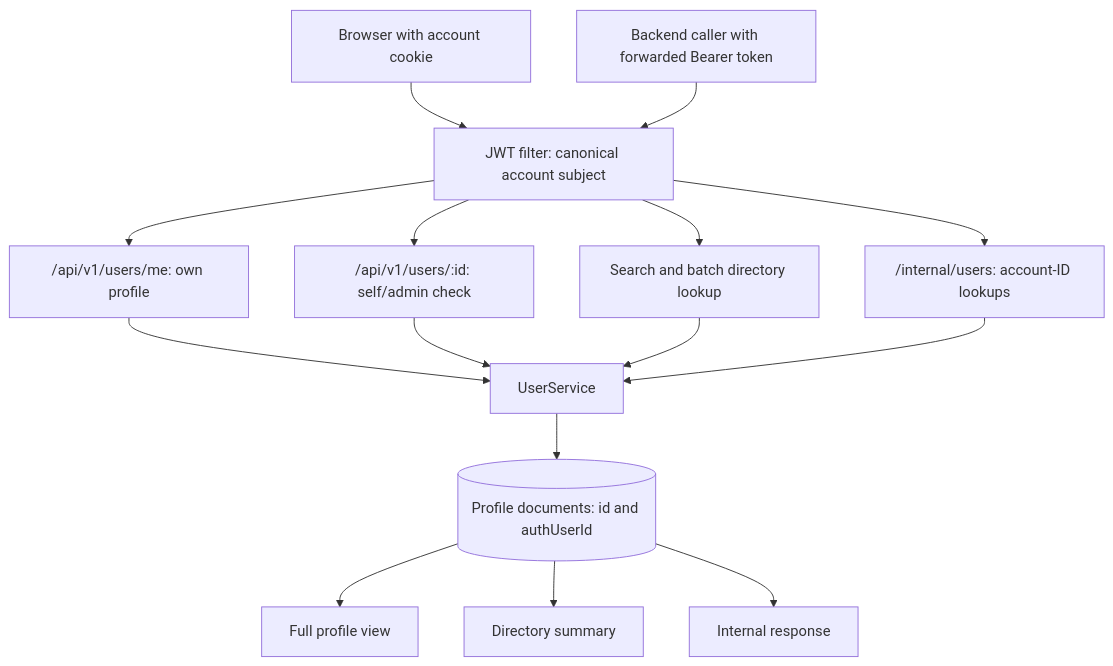
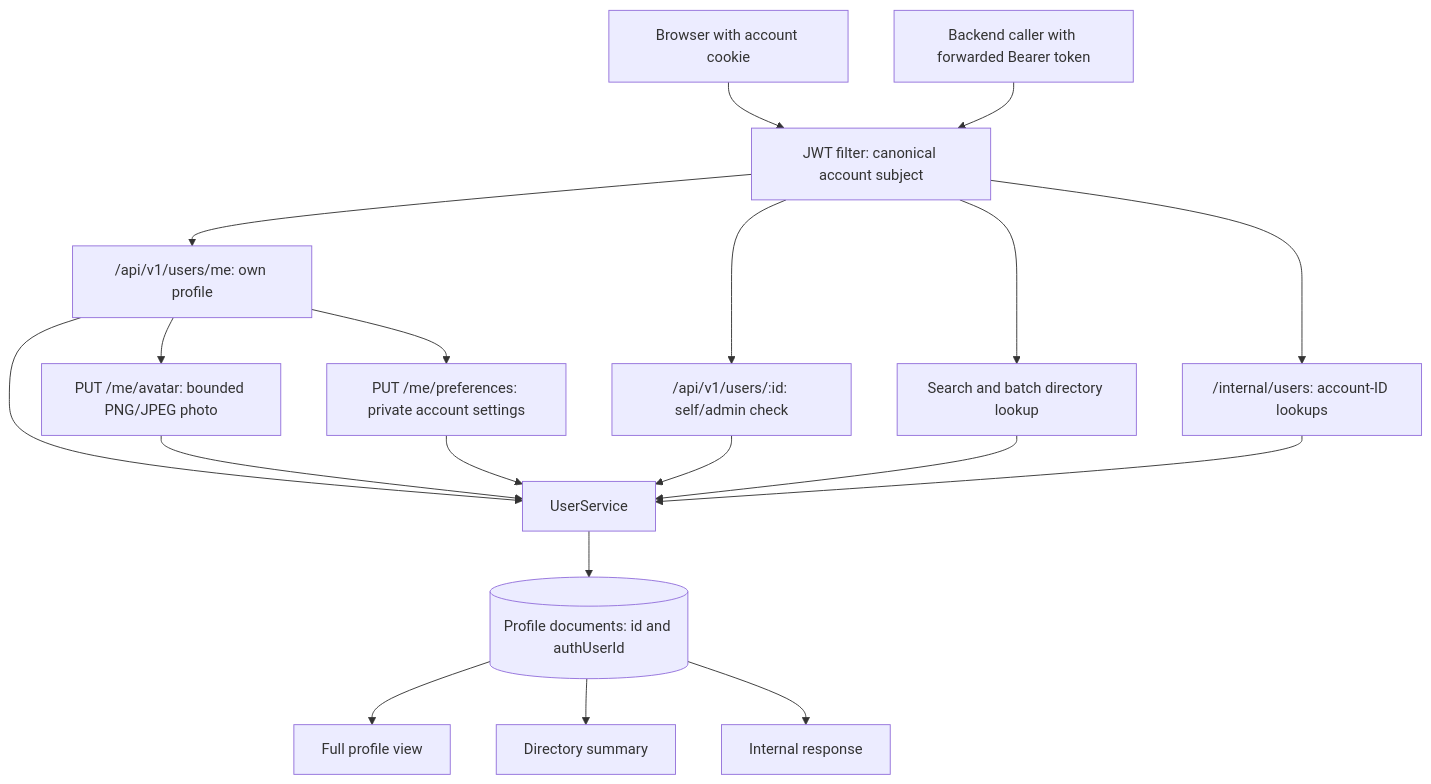
Before and after one commit to herve192-hub/TaskFlow: the diagram in backend/services/identity/user-service/README.md, drawn with Mermaid. The commit also changed other lines of this file and 48 other files, not shown here.

````diff
--- a/backend/services/identity/user-service/README.md
+++ b/backend/services/identity/user-service/README.md
@@ -10,17 +10,21 @@
 ```mermaid
 flowchart TB
     browser["Browser with account cookie"] --> filter["JWT filter: canonical account subject"]
     backend["Backend caller with forwarded Bearer token"] --> filter
     filter --> self["/api/v1/users/me: own profile"]
     filter --> private["/api/v1/users/:id: self/admin check"]
     filter --> directory["Search and batch directory lookup"]
     filter --> internal["/internal/users: account-ID lookups"]
     self --> service["UserService"]
+    self --> photo["PUT /me/avatar: bounded PNG/JPEG photo"]
+    self --> preferences["PUT /me/preferences: private account settings"]
+    photo --> service
+    preferences --> service
     private --> service
     directory --> service
     internal --> service
     service --> profiles[("Profile documents: id and authUserId")]
     profiles --> full["Full profile view"]
     profiles --> summary["Directory summary"]
     profiles --> internalView["Internal response"]
 ```
````
